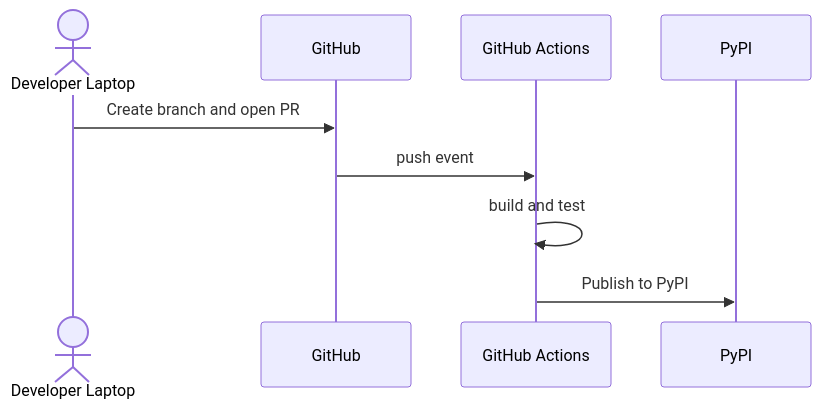
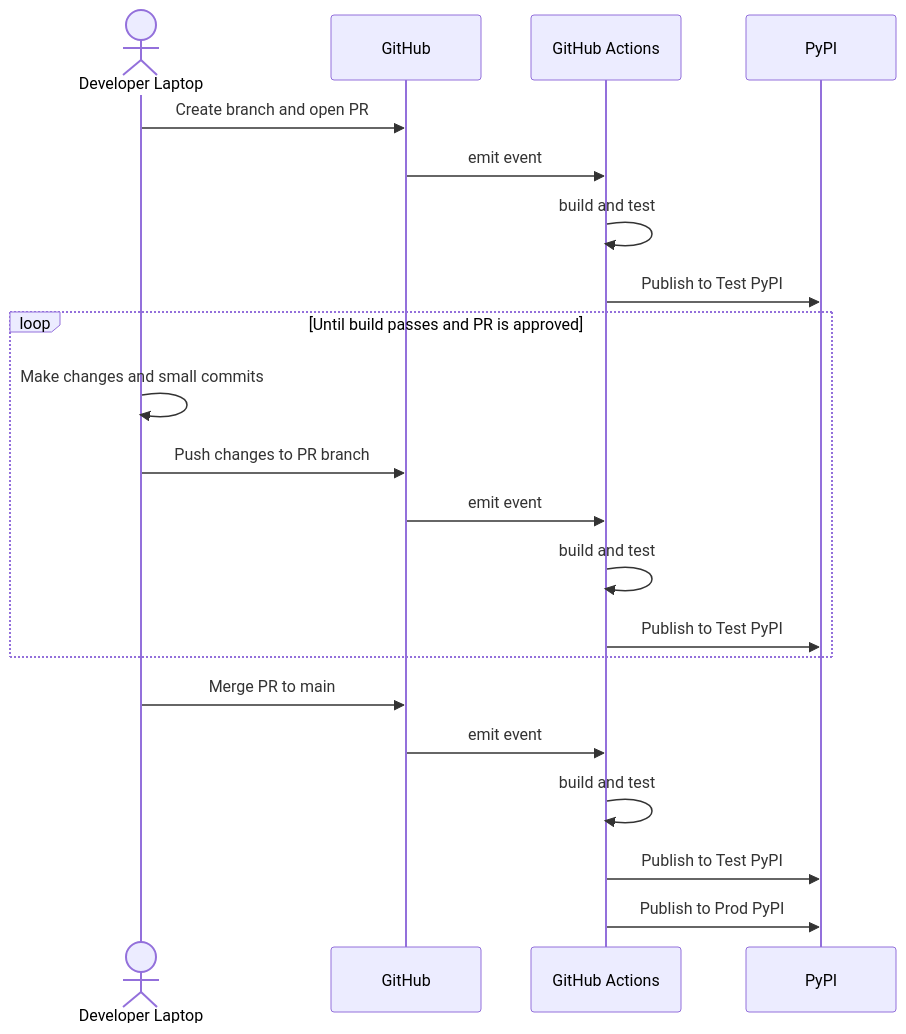
The second of 3 diagrams in GITHUB_ACTIONS.md (phitoduck/packaging-demo), drawn with Mermaid before and after one commit. The commit also changed other lines of this file and 3 other files, not shown here.

````diff
--- a/GITHUB_ACTIONS.md
+++ b/GITHUB_ACTIONS.md
@@ -16,13 +17,27 @@
 ```mermaid
 sequenceDiagram
     actor Developer Laptop
     participant GitHub 
     participant GitHub Actions
     participant PyPI
 
     Developer Laptop->>GitHub: Create branch and open PR
-    GitHub->>GitHub Actions: push event
+    GitHub->>GitHub Actions: emit event
     GitHub Actions->>GitHub Actions: build and test
-    GitHub Actions->>PyPI: Publish to PyPI
+    GitHub Actions->>PyPI: Publish to Test PyPI
+
+    loop Until build passes and PR is approved
+        Developer Laptop->>Developer Laptop: Make changes and small commits
+        Developer Laptop->>GitHub: Push changes to PR branch
+        GitHub->>GitHub Actions: emit event
+        GitHub Actions->>GitHub Actions: build and test
+        GitHub Actions->>PyPI: Publish to Test PyPI
+    end
+
+    Developer Laptop->>GitHub: Merge PR to main
+    GitHub->>GitHub Actions: emit event
+    GitHub Actions->>GitHub Actions: build and test
+    GitHub Actions->>PyPI: Publish to Test PyPI
+    GitHub Actions->>PyPI: Publish to Prod PyPI
 
 ```
````
